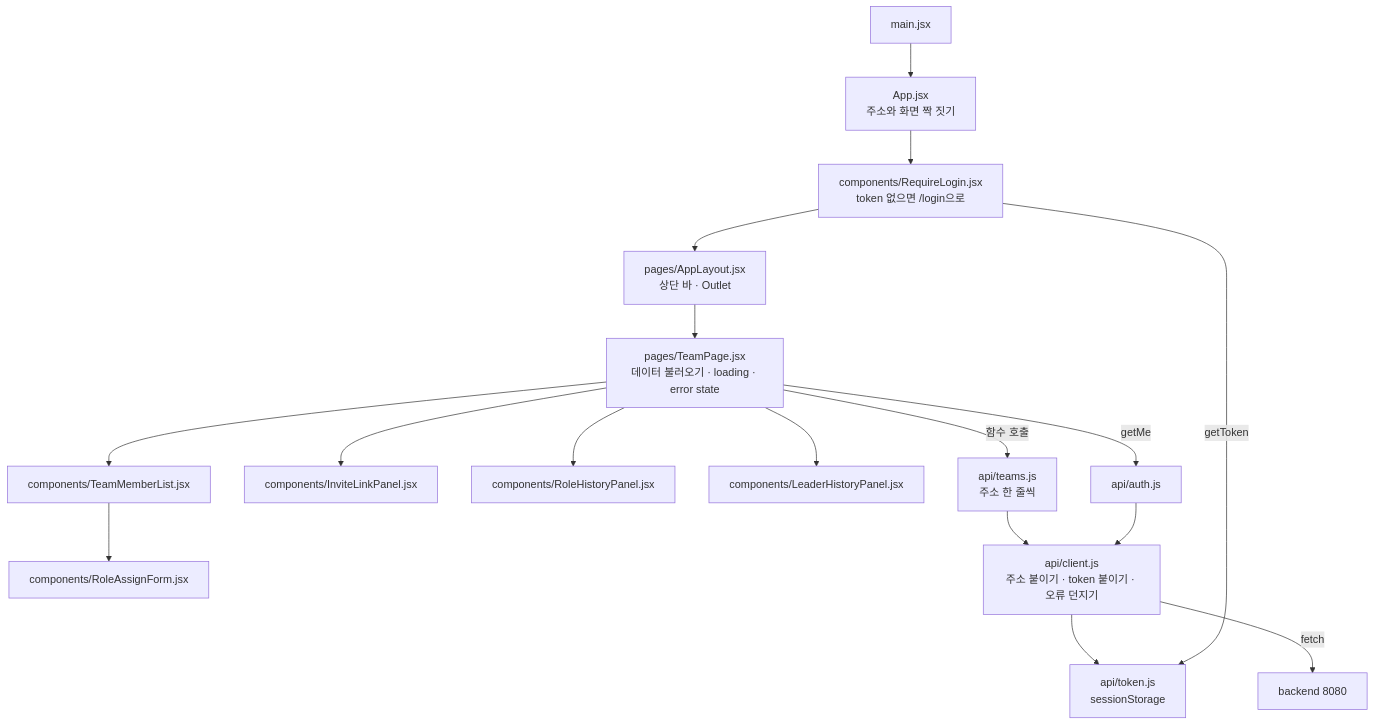
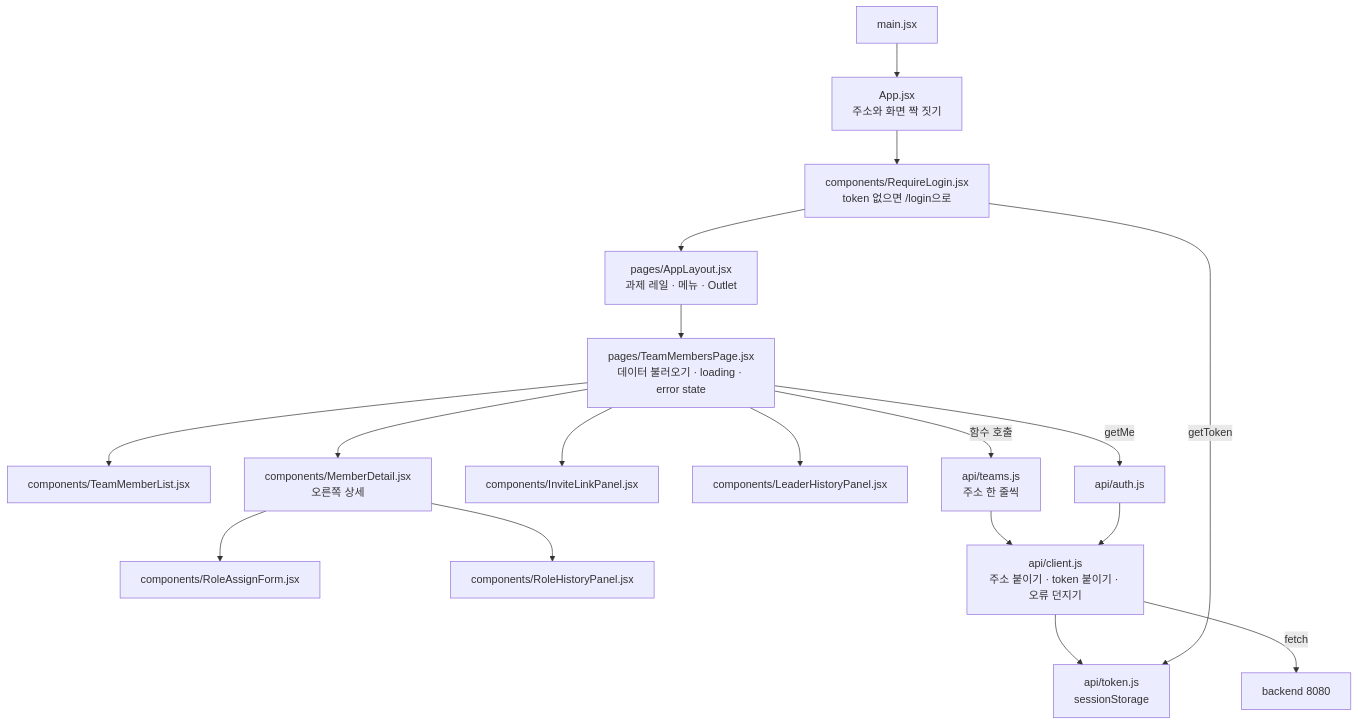
Before and after one commit to Pyrite9/footprint-demo: the fourth of 6 diagrams in docs/architecture.md, drawn with Mermaid. The commit also changed other lines of this file and 54 other files, not shown here.

First line of the commit message:
feat: redesign frontend with rail, side menu and detail panel

````diff
--- a/docs/architecture.md
+++ b/docs/architecture.md
@@ -134,21 +134,22 @@
 ```mermaid
 flowchart TB
     main["main.jsx"] --> app["App.jsx<br/>주소와 화면 짝 짓기"]
     app --> require["components/RequireLogin.jsx<br/>token 없으면 /login으로"]
-    require --> layout["pages/AppLayout.jsx<br/>상단 바 · Outlet"]
-    layout --> page["pages/TeamPage.jsx<br/>데이터 불러오기 · loading · error state"]
+    require --> layout["pages/AppLayout.jsx<br/>과제 레일 · 메뉴 · Outlet"]
+    layout --> page["pages/TeamMembersPage.jsx<br/>데이터 불러오기 · loading · error state"]
 
     page --> comp1["components/TeamMemberList.jsx"]
-    comp1 --> comp2["components/RoleAssignForm.jsx"]
+    page --> comp2["components/MemberDetail.jsx<br/>오른쪽 상세"]
+    comp2 --> comp6["components/RoleAssignForm.jsx"]
+    comp2 --> comp4["components/RoleHistoryPanel.jsx"]
     page --> comp3["components/InviteLinkPanel.jsx"]
-    page --> comp4["components/RoleHistoryPanel.jsx"]
     page --> comp5["components/LeaderHistoryPanel.jsx"]
 
     page -- "함수 호출" --> api["api/teams.js<br/>주소 한 줄씩"]
     page -- "getMe" --> auth["api/auth.js"]
     api --> client["api/client.js<br/>주소 붙이기 · token 붙이기 · 오류 던지기"]
     auth --> client
     client --> token["api/token.js<br/>sessionStorage"]
     require -- "getToken" --> token
     client -- "fetch" --> server["backend 8080"]
 ```
````
